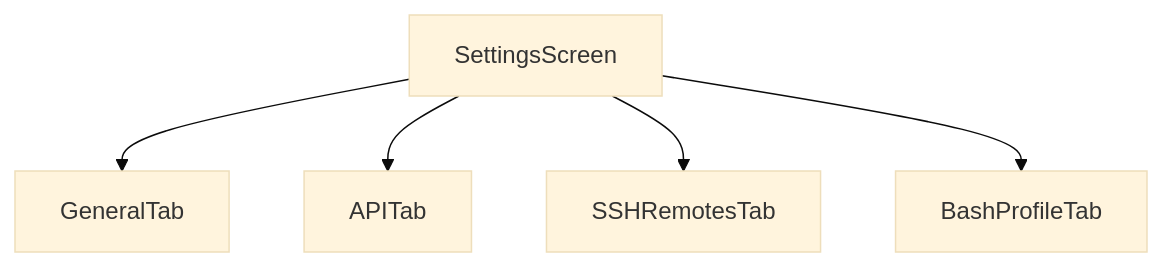
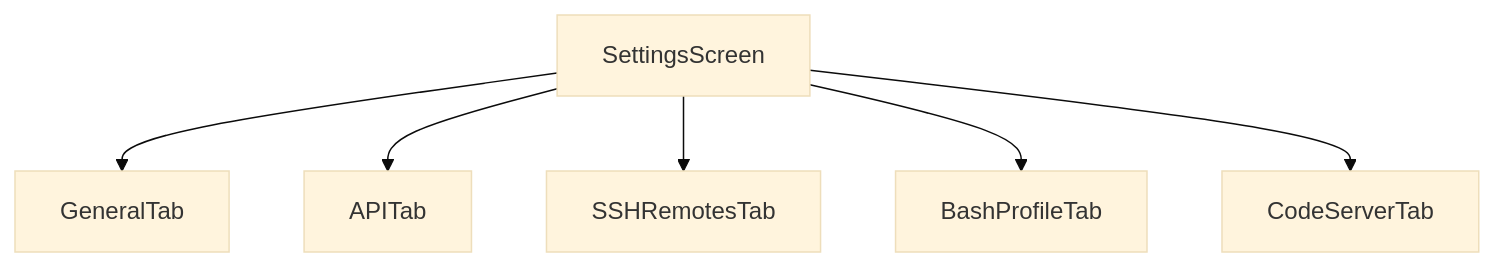
Before and after one commit to strawhatluka/cola-records: the tenth of 14 diagrams in docs/architecture/component-hierarchy.md, drawn with Mermaid (base theme). The commit also changed other lines of this file and 5 other files, not shown here.

````diff
--- a/docs/architecture/component-hierarchy.md
+++ b/docs/architecture/component-hierarchy.md
@@ -324,7 +335,8 @@
 ```mermaid
 graph TD
     SettingsScreen[SettingsScreen] --> GeneralTab[GeneralTab]
     SettingsScreen --> APITab[APITab]
     SettingsScreen --> SSHRemotesTab[SSHRemotesTab]
     SettingsScreen --> BashProfileTab[BashProfileTab]
+    SettingsScreen --> CodeServerTab[CodeServerTab]
 ```
````
